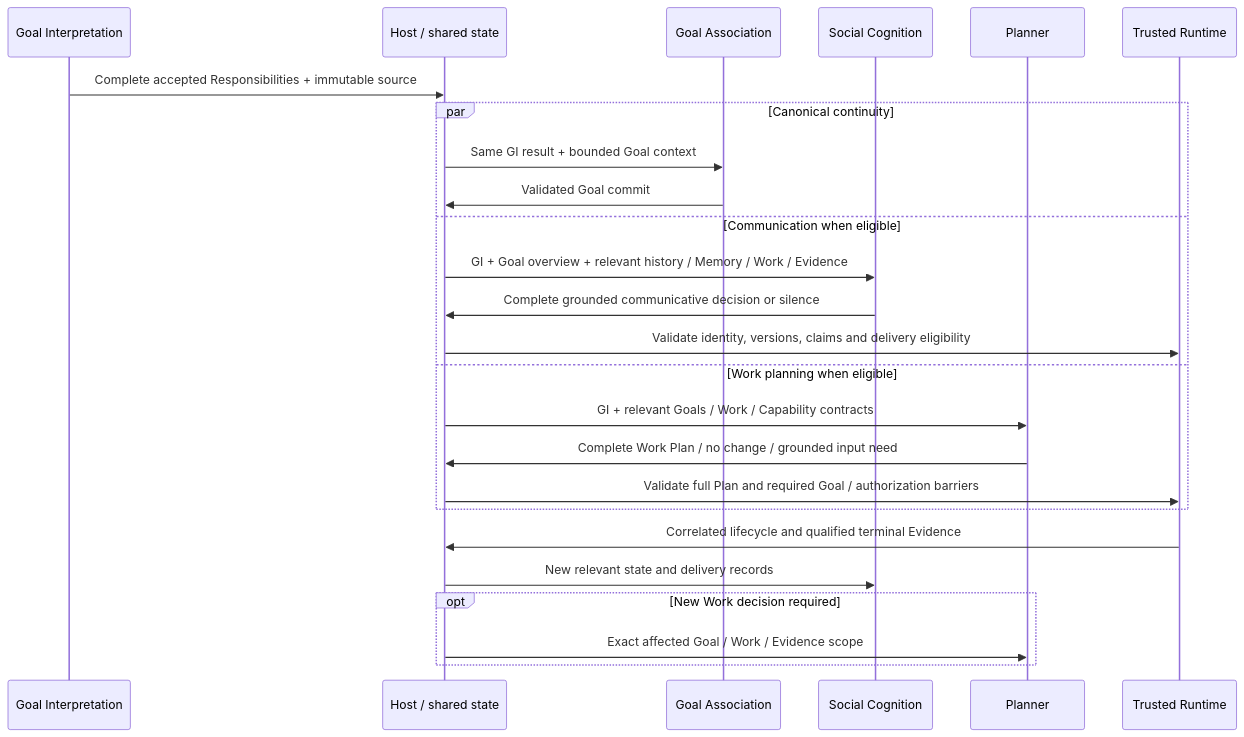
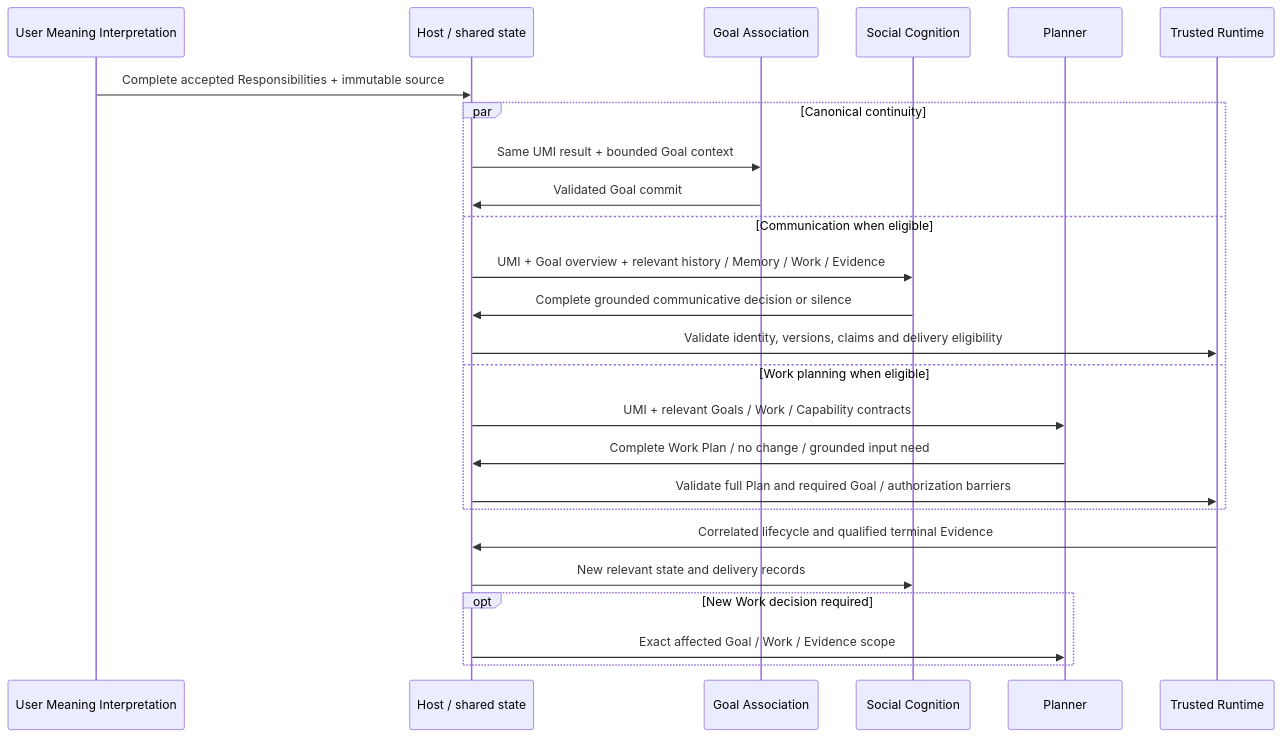
The diagram in docs/COGNITIVE_TURN_LOOP.md (TimeTreker/chromie), drawn with Mermaid before and after one commit. The commit also changed other lines of this file and 358 other files, not shown here.

Commit message:
refactor(cognition): establish user meaning and goal continuity boundaries

````diff
--- a/docs/COGNITIVE_TURN_LOOP.md
+++ b/docs/COGNITIVE_TURN_LOOP.md
@@ -10,27 +10,27 @@
 ```mermaid
 sequenceDiagram
-    participant GI as Goal Interpretation
+    participant UMI as User Meaning Interpretation
     participant H as Host / shared state
     participant G as Goal Association
     participant S as Social Cognition
     participant P as Planner
     participant R as Trusted Runtime
-    GI->>H: Complete accepted Responsibilities + immutable source
+    UMI->>H: Complete accepted Responsibilities + immutable source
     par Canonical continuity
-        H->>G: Same GI result + bounded Goal context
+        H->>G: Same UMI result + bounded Goal context
         G->>H: Validated Goal commit
     and Communication when eligible
-        H->>S: GI + Goal overview + relevant history / Memory / Work / Evidence
+        H->>S: UMI + Goal overview + relevant history / Memory / Work / Evidence
         S->>H: Complete grounded communicative decision or silence
         H->>R: Validate identity, versions, claims and delivery eligibility
     and Work planning when eligible
-        H->>P: GI + relevant Goals / Work / Capability contracts
+        H->>P: UMI + relevant Goals / Work / Capability contracts
         P->>H: Complete Work Plan / no change / grounded input need
         H->>R: Validate full Plan and required Goal / authorization barriers
     end
     R->>H: Correlated lifecycle and qualified terminal Evidence
     H->>S: New relevant state and delivery records
     opt New Work decision required
         H->>P: Exact affected Goal / Work / Evidence scope
     end
 ```
````
